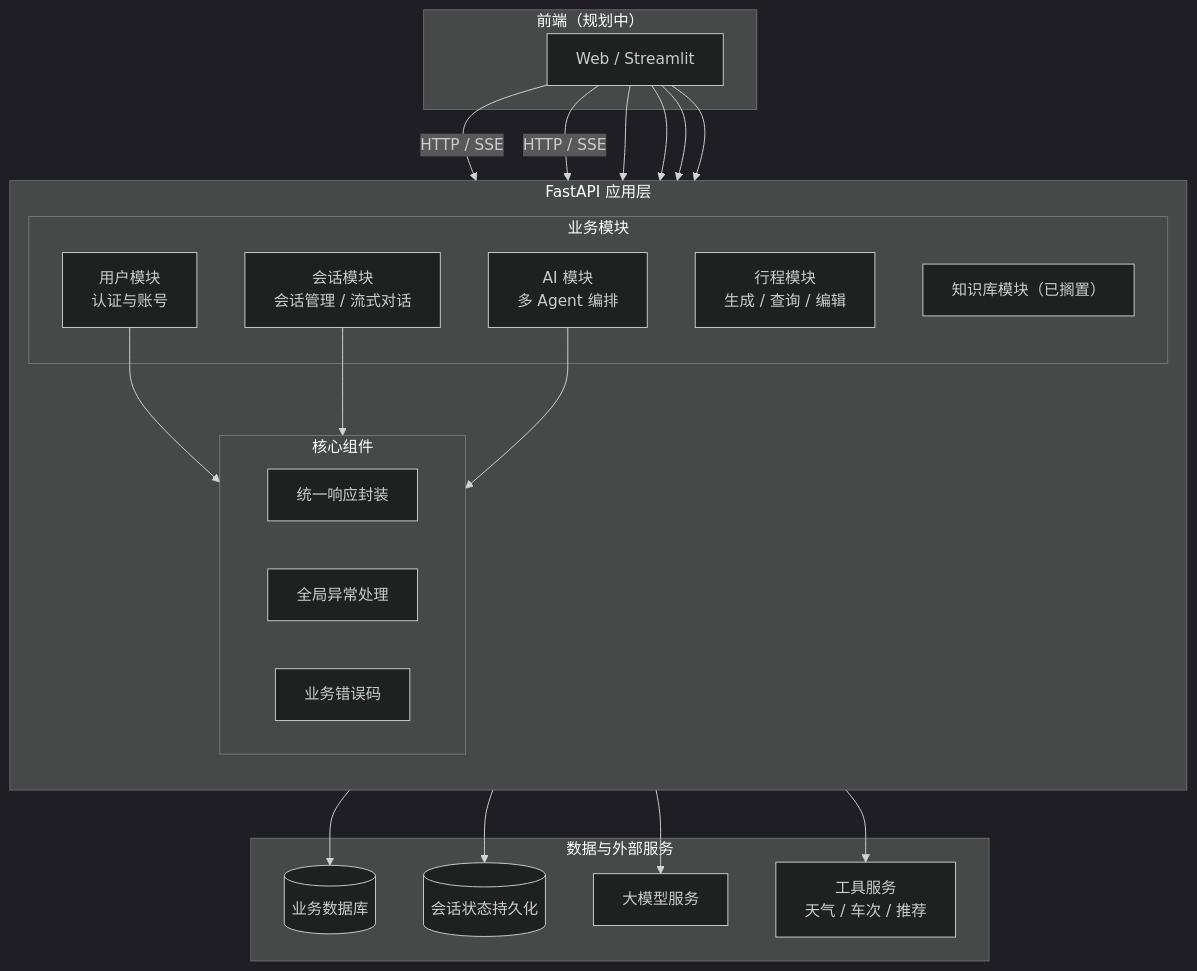
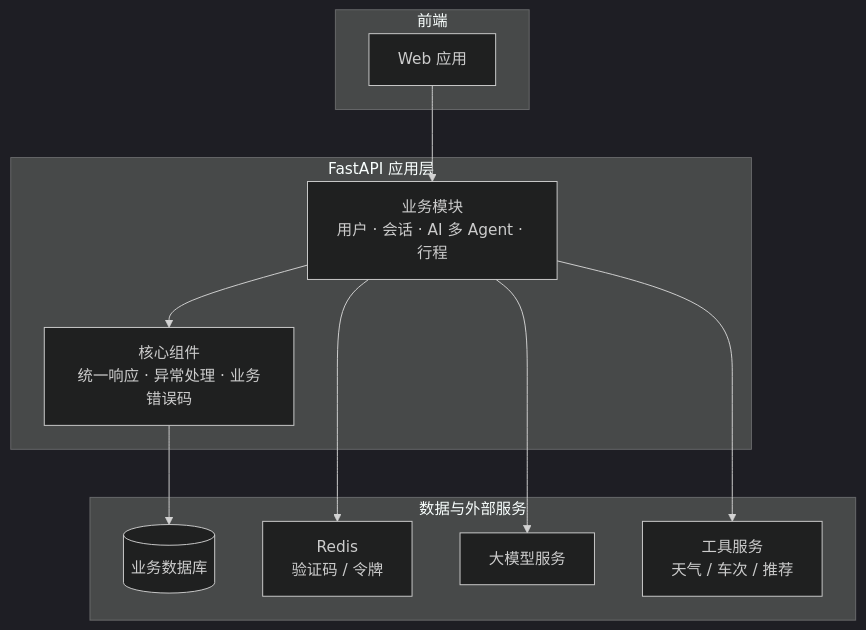
Before and after one commit to Luoqiaocong/voyage: the first of 4 diagrams in README.md, drawn with Mermaid (dark theme). The commit also changed other lines of this file, not shown here.

````diff
--- a/README.md
+++ b/README.md
@@ -29,43 +30,25 @@
 ```mermaid
 flowchart TB
-    subgraph FE["前端（规划中）"]
-        FE1["Web / Streamlit"]
+    subgraph FE["前端"]
+        FE1["Web 应用"]
     end
 
     subgraph API["FastAPI 应用层"]
-        direction TB
-        subgraph CORE["核心组件"]
-            RT["统一响应封装"]
-            EX["全局异常处理"]
-            BC["业务错误码"]
-        end
-        subgraph MOD["业务模块"]
-            AUTH["用户模块<br/>认证与账号"]
-            CONV["会话模块<br/>会话管理 / 流式对话"]
-            AGENT["AI 模块<br/>多 Agent 编排"]
-            ITIN["行程模块<br/>生成 / 查询 / 编辑"]
-            RAG["知识库模块（已搁置）"]
-        end
+        CORE["核心组件<br/>统一响应 · 异常处理 · 业务错误码"]
+        MOD["业务模块<br/>用户 · 会话 · AI 多 Agent · 行程"]
     end
 
     subgraph DATA["数据与外部服务"]
         DB[("业务数据库")]
-        CP[("会话状态持久化")]
+        REDIS["Redis<br/>验证码 / 令牌"]
         LLM["大模型服务"]
         TOOLS["工具服务<br/>天气 / 车次 / 推荐"]
     end
 
-    FE1 -->|HTTP / SSE| AUTH
-    FE1 -->|HTTP / SSE| CONV
-    FE1 --> AUTH
-    FE1 --> CONV
-    FE1 --> ITIN
-    FE1 --> RAG
-    AUTH --> CORE
-    CONV --> CORE
-    AGENT --> CORE
+    FE1 --> MOD
+    MOD --> CORE
+    MOD --> REDIS
+    MOD --> LLM
+    MOD --> TOOLS
     CORE --> DB
-    CONV --> CP
-    AGENT --> LLM
-    AGENT --> TOOLS
 ```
````
